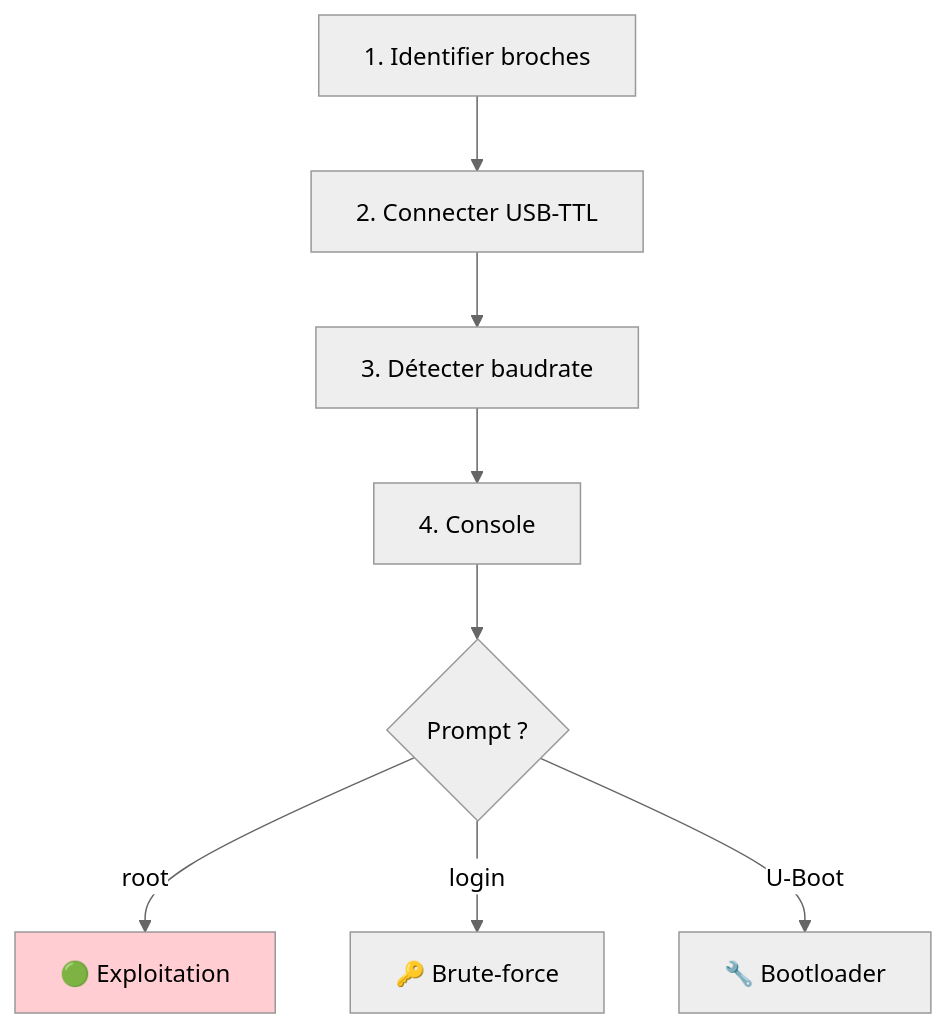
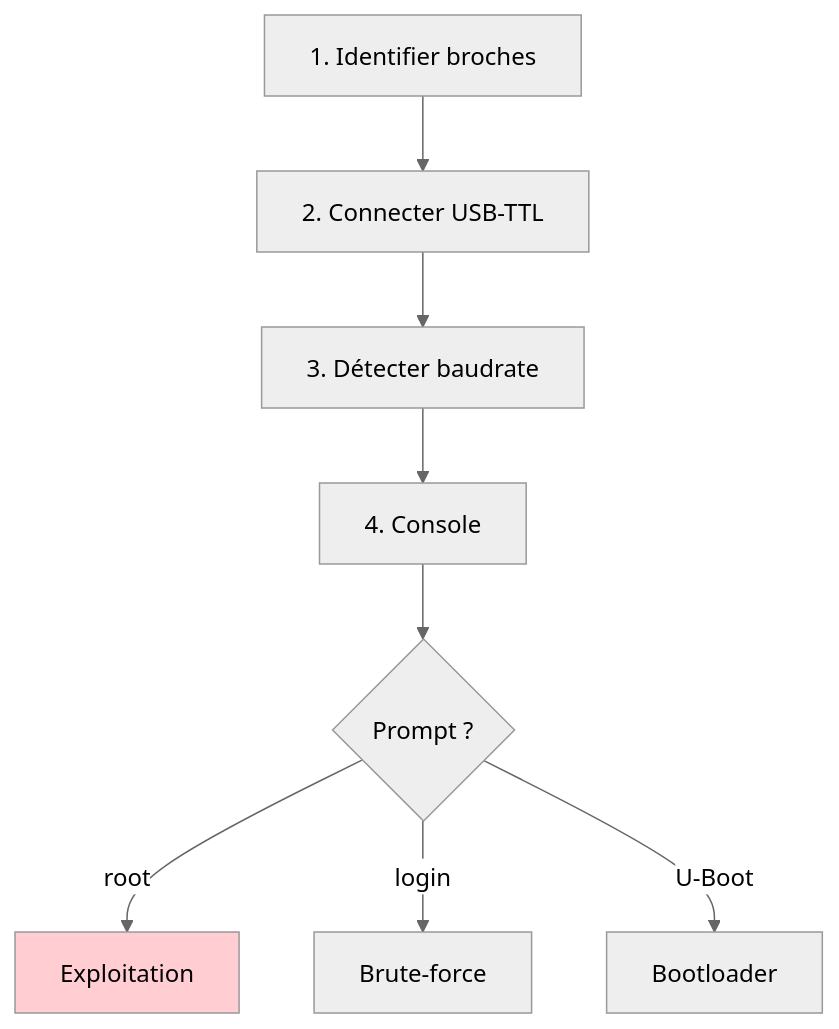
The second of 3 diagrams in public/offsidian/vault/Cybersécurité Offensive/Techniques/Hardware - UART.md (F0X-hack/foxhack.fr), drawn with Mermaid (neutral theme) before and after one commit. The commit also changed other lines of this file and 369 other files, not shown here.

````diff
--- a/public/offsidian/vault/Cybersécurité Offensive/Techniques/Hardware - UART.md
+++ b/public/offsidian/vault/Cybersécurité Offensive/Techniques/Hardware - UART.md
@@ -269,11 +269,11 @@
 ```mermaid
 flowchart TB
     A["1. Identifier broches"] --> B["2. Connecter USB-TTL"]
     B --> C["3. Détecter baudrate"]
     C --> D["4. Console"]
     D --> E{"Prompt ?"}
-    E -->|"root"| F["🟢 Exploitation"]
-    E -->|"login"| G["🔑 Brute-force"]
-    E -->|"U-Boot"| H["🔧 Bootloader"]
+    E -->|"root"| F["Exploitation"]
+    E -->|"login"| G["Brute-force"]
+    E -->|"U-Boot"| H["Bootloader"]
     style F fill:#ffcdd2
 ```
````
